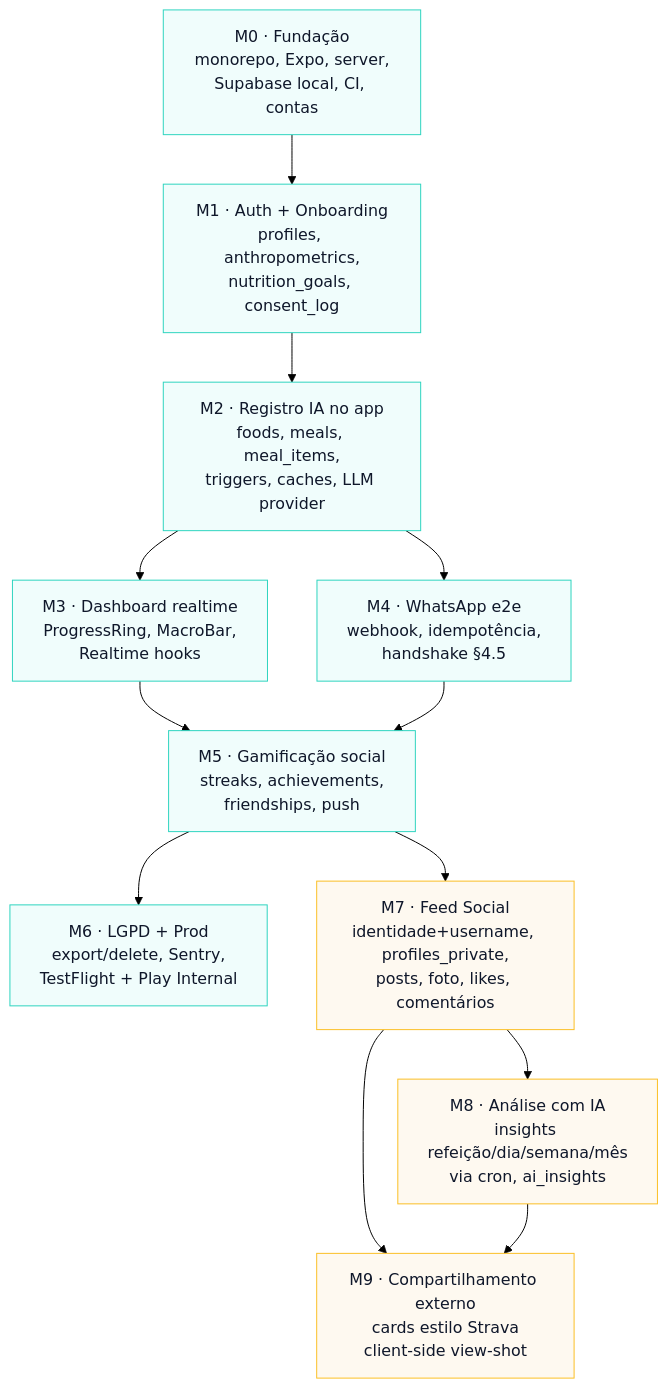
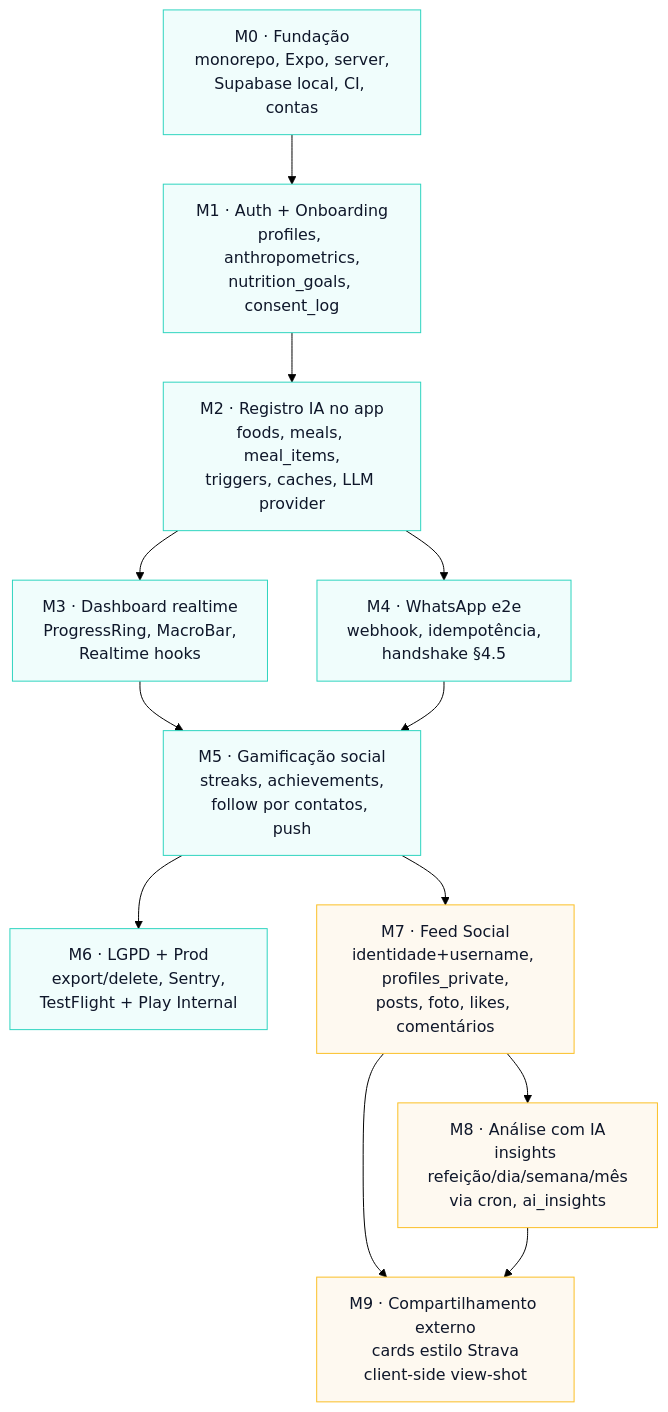
The diagram in docs/PLAN.md (FitBrother/fitbrother), drawn with Mermaid (forest theme) before and after one commit. The commit also changed other lines of this file and 6 other files, not shown here.

````diff
--- a/docs/PLAN.md
+++ b/docs/PLAN.md
@@ -20,23 +20,23 @@
 ```mermaid
 flowchart TB
     M0[M0 · Fundação<br/>monorepo, Expo, server,<br/>Supabase local, CI, contas] --> M1
     M1[M1 · Auth + Onboarding<br/>profiles, anthropometrics,<br/>nutrition_goals, consent_log] --> M2
     M2[M2 · Registro IA no app<br/>foods, meals, meal_items,<br/>triggers, caches, LLM provider] --> M3
     M2 --> M4
     M3[M3 · Dashboard realtime<br/>ProgressRing, MacroBar,<br/>Realtime hooks] --> M5
     M4[M4 · WhatsApp e2e<br/>webhook, idempotência,<br/>handshake §4.5] --> M5
-    M5[M5 · Gamificação social<br/>streaks, achievements,<br/>friendships, push] --> M6
+    M5[M5 · Gamificação social<br/>streaks, achievements,<br/>follow por contatos, push] --> M6
     M6[M6 · LGPD + Prod<br/>export/delete, Sentry,<br/>TestFlight + Play Internal]
 
     %% ── Fase 2 · Transição para rede social ──
     M5 --> M7
     M7[M7 · Feed Social<br/>identidade+username, profiles_private,<br/>posts, foto, likes, comentários] --> M8
     M7 --> M9
     M8[M8 · Análise com IA<br/>insights refeição/dia/semana/mês<br/>via cron, ai_insights] --> M9
     M9[M9 · Compartilhamento externo<br/>cards estilo Strava<br/>client-side view-shot]
 
     classDef bg fill:#F0FDFC,stroke:#2DD4BF,color:#0F172A
     classDef fase2 fill:#FEF9F0,stroke:#FBBF24,color:#0F172A
     class M0,M1,M2,M3,M4,M5,M6 bg
     class M7,M8,M9 fase2
 ```
````
